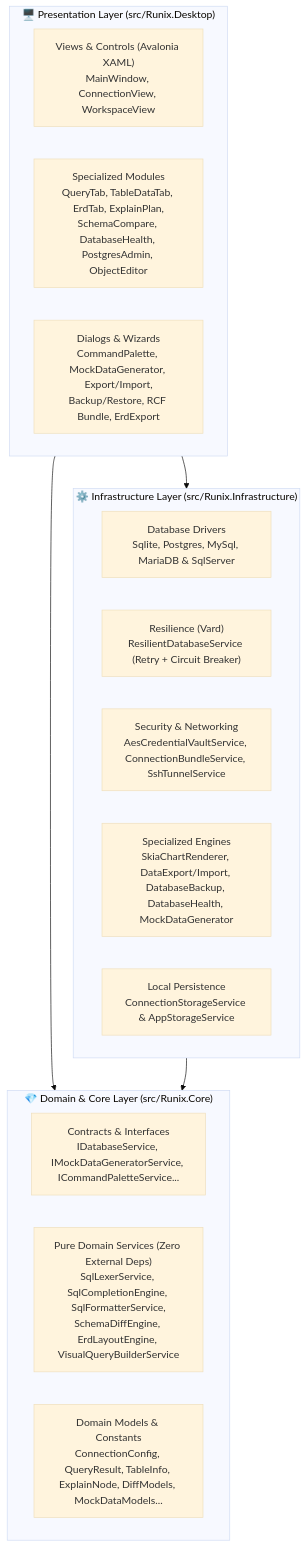
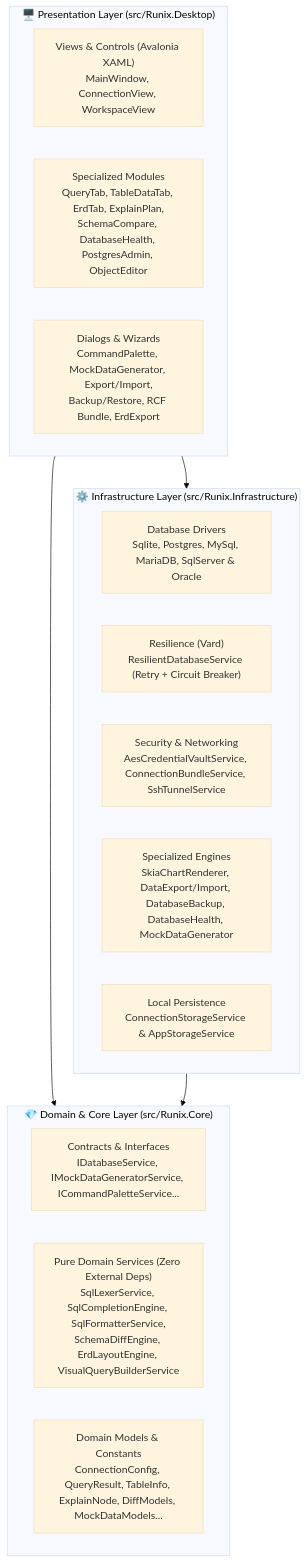
Before and after one commit to juniorschroder/Runix: the diagram in README.md, drawn with Mermaid (base theme). The commit also changed other lines of this file and 1 other file, not shown here.

Commit message:
docs: add Oracle Database Enterprise Edition support to README (en-US & pt-BR)

````diff
--- a/README.md
+++ b/README.md
@@ -133,26 +137,26 @@
 ```mermaid
 flowchart TD
     subgraph Presentation ["🖥️ Presentation Layer (src/Runix.Desktop)"]
         UI["Views & Controls (Avalonia XAML)\nMainWindow, ConnectionView, WorkspaceView"]
         Tabs["Specialized Modules\nQueryTab, TableDataTab, ErdTab, ExplainPlan,\nSchemaCompare, DatabaseHealth, PostgresAdmin, ObjectEditor"]
         Dialogs["Dialogs & Wizards\nCommandPalette, MockDataGenerator, Export/Import,\nBackup/Restore, RCF Bundle, ErdExport"]
     end
 
     subgraph Infrastructure ["⚙️ Infrastructure Layer (src/Runix.Infrastructure)"]
-        Data["Database Drivers\nSqlite, Postgres, MySql, MariaDB & SqlServer"]
+        Data["Database Drivers\nSqlite, Postgres, MySql, MariaDB, SqlServer & Oracle"]
         Resilience["Resilience (Vard)\nResilientDatabaseService (Retry + Circuit Breaker)"]
         Sec["Security & Networking\nAesCredentialVaultService, ConnectionBundleService, SshTunnelService"]
         Engines["Specialized Engines\nSkiaChartRenderer, DataExport/Import, DatabaseBackup, DatabaseHealth, MockDataGenerator"]
         Storage["Local Persistence\nConnectionStorageService & AppStorageService"]
     end
 
     subgraph Core ["💎 Domain & Core Layer (src/Runix.Core)"]
         Interfaces["Contracts & Interfaces\nIDatabaseService, IMockDataGeneratorService, ICommandPaletteService..."]
         CoreServices["Pure Domain Services (Zero External Deps)\nSqlLexerService, SqlCompletionEngine, SqlFormatterService,\nSchemaDiffEngine, ErdLayoutEngine, VisualQueryBuilderService"]
         Models["Domain Models & Constants\nConnectionConfig, QueryResult, TableInfo, ExplainNode, DiffModels, MockDataModels..."]
     end
 
     Presentation --> Infrastructure
     Presentation --> Core
     Infrastructure --> Core
 ```
````
